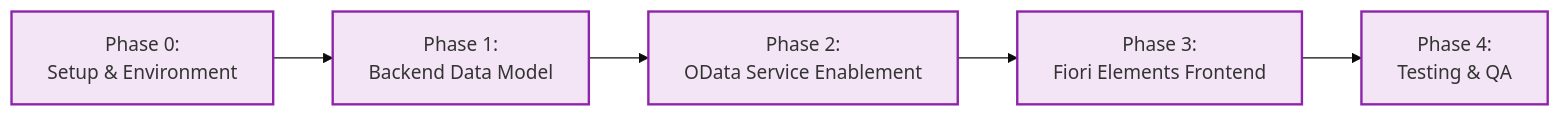
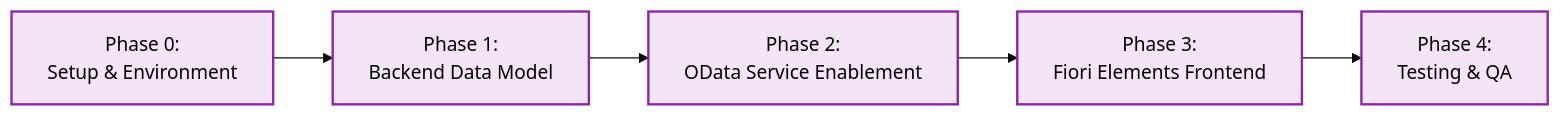
The second of 2 diagrams in README.md (lalitsonawane/SpecDriven-Abap-Report), drawn with Mermaid (base theme) before and after one commit. The commit also changed other lines of this file, not shown here.

Commit message:
style: add explicit black text color to Mermaid diagram nodes in README

````diff
--- a/README.md
+++ b/README.md
@@ -41,10 +41,10 @@
 ```mermaid
 flowchart LR
     P0["Phase 0:<br>Setup & Environment"] --> P1["Phase 1:<br>Backend Data Model"]
     P1 --> P2["Phase 2:<br>OData Service Enablement"]
     P2 --> P3["Phase 3:<br>Fiori Elements Frontend"]
     P3 --> P4["Phase 4:<br>Testing & QA"]
 
-    classDef phase fill:#f3e5f5,stroke:#8e24aa,stroke-width:2px;
+    classDef phase fill:#f3e5f5,stroke:#8e24aa,stroke-width:2px,color:#000;
     class P0,P1,P2,P3,P4 phase;
 ```
````
